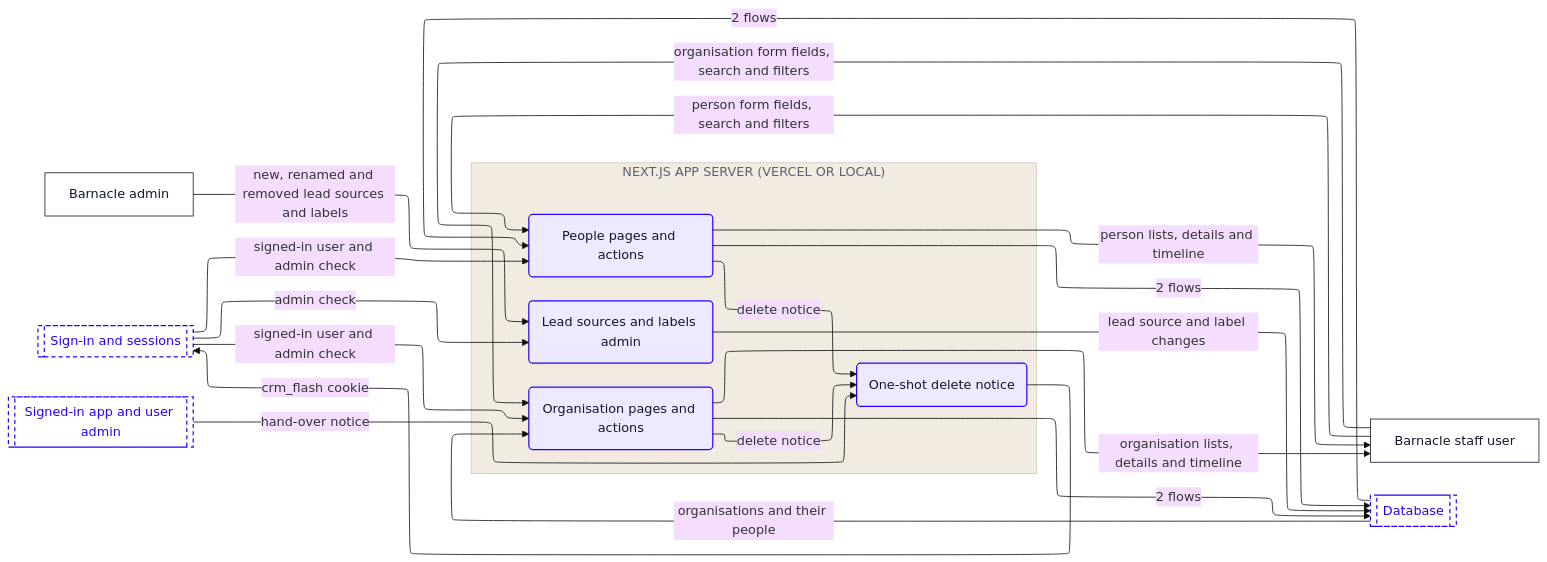
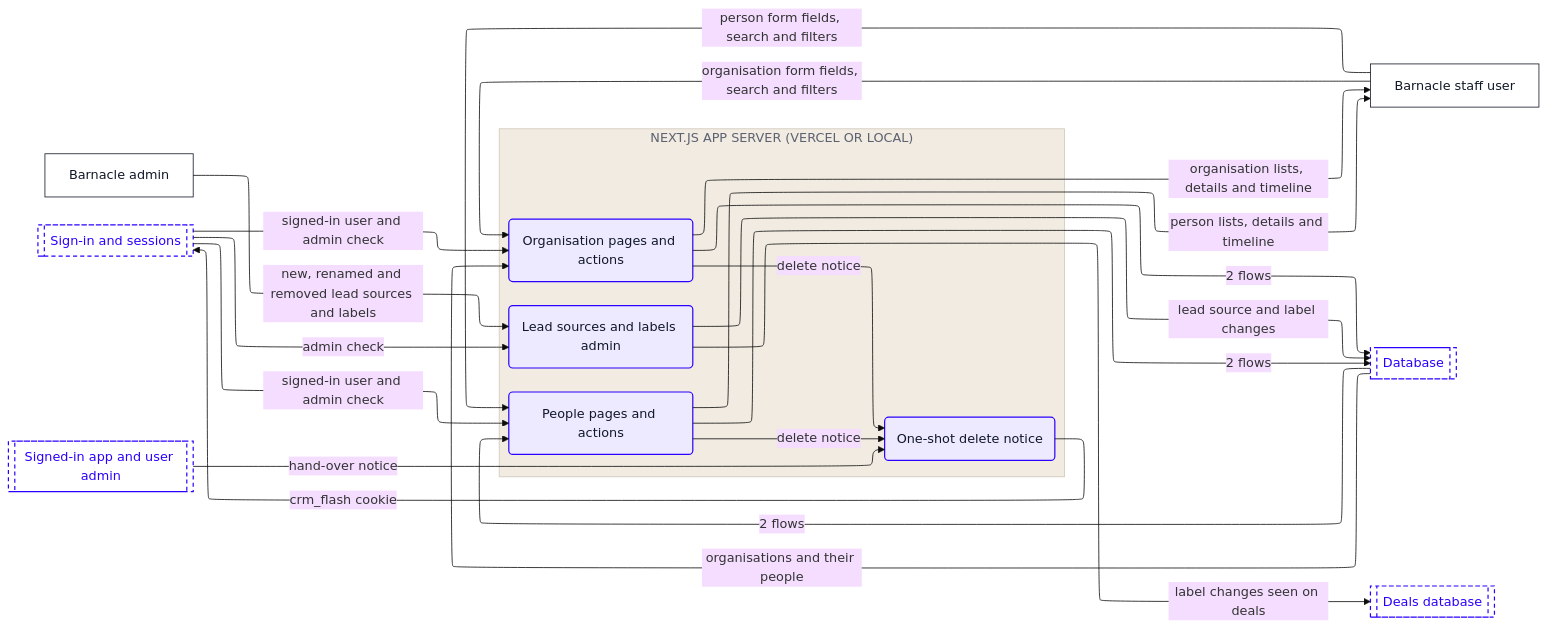
The seventh of 10 diagrams in dataflow/DATAFLOW.md (Romain-Perche/Barnacle-Pipe), drawn with Mermaid (base theme) before and after one commit. The commit also changed other lines of this file and 7 other files, not shown here.

````diff
--- a/dataflow/DATAFLOW.md
+++ b/dataflow/DATAFLOW.md
@@ -287,45 +339,47 @@
 ```mermaid
 ---
 config:
   layout: elk
 ---
 flowchart LR
     n1["Barnacle admin"]
     n2["Barnacle staff user"]
     subgraph z1["NEXT.JS APP SERVER (VERCEL OR LOCAL)"]
         n3("Lead sources and labels admin")
         n4("Organisation pages and actions")
         n5("People pages and actions")
         n6("One-shot delete notice")
     end
     n7[["Database"]]
-    n8[["Sign-in and sessions"]]
-    n9[["Signed-in app and user admin"]]
+    n8[["Deals database"]]
+    n9[["Sign-in and sessions"]]
+    n10[["Signed-in app and user admin"]]
     n1 -->|"new, renamed and removed lead sources and labels"| n3
     n3 -->|"lead source and label changes"| n7
+    n3 -->|"label changes seen on deals"| n8
     n7 -->|"2 flows"| n5
     n4 -->|"2 flows"| n7
     n4 -->|"delete notice"| n6
     n4 -->|"organisation lists, details and timeline"| n2
     n7 -->|"organisations and their people"| n4
     n5 -->|"2 flows"| n7
     n5 -->|"delete notice"| n6
     n5 -->|"person lists, details and timeline"| n2
-    n6 -->|"crm_flash cookie"| n8
-    n8 -->|"admin check"| n3
-    n8 -->|"signed-in user and admin check"| n4
-    n8 -->|"signed-in user and admin check"| n5
+    n6 -->|"crm_flash cookie"| n9
+    n9 -->|"admin check"| n3
+    n9 -->|"signed-in user and admin check"| n4
+    n9 -->|"signed-in user and admin check"| n5
     n2 -->|"organisation form fields, search and filters"| n4
     n2 -->|"person form fields, search and filters"| n5
-    n9 -->|"hand-over notice"| n6
+    n10 -->|"hand-over notice"| n6
     classDef actor fill:#FFFFFF,stroke:#111827,stroke-width:1px,color:#111827
     classDef process fill:#EDEAFF,stroke:#2B00FF,stroke-width:1.5px,color:#111827
     classDef store fill:#FAF6F1,stroke:#111827,stroke-width:1.5px,color:#111827
     classDef zone fill:#1A1A1A,stroke:#1A1A1A,color:#FFFFFF
     classDef group fill:#2B00FF,stroke:#2B00FF,color:#FFFFFF
     classDef stub fill:#FFFFFF,stroke:#2B00FF,stroke-width:1.5px,stroke-dasharray:5 4,color:#2B00FF
     class n1,n2 actor
     class n3,n4,n5,n6 process
-    class n7,n8,n9 stub
+    class n7,n8,n9,n10 stub
     style z1 fill:#F1EBE2,stroke:#CFC7BB,color:#5D6270
 ```
````
